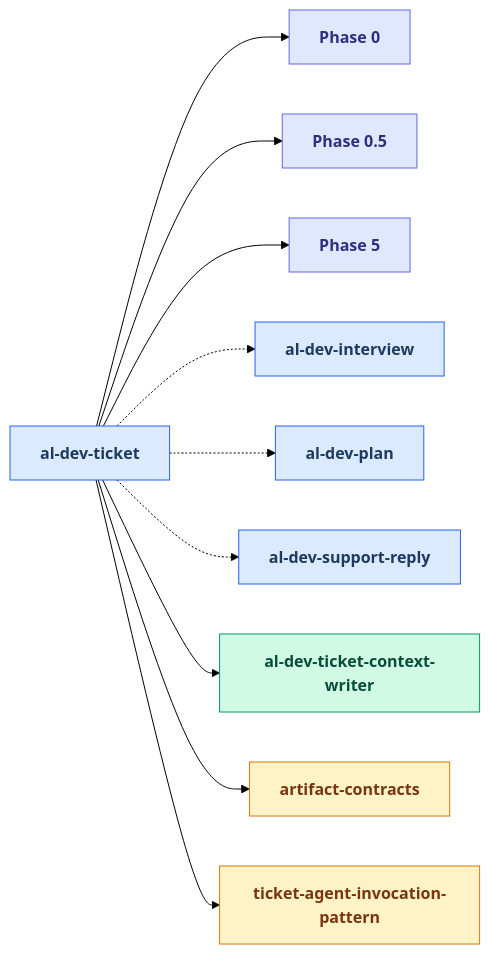
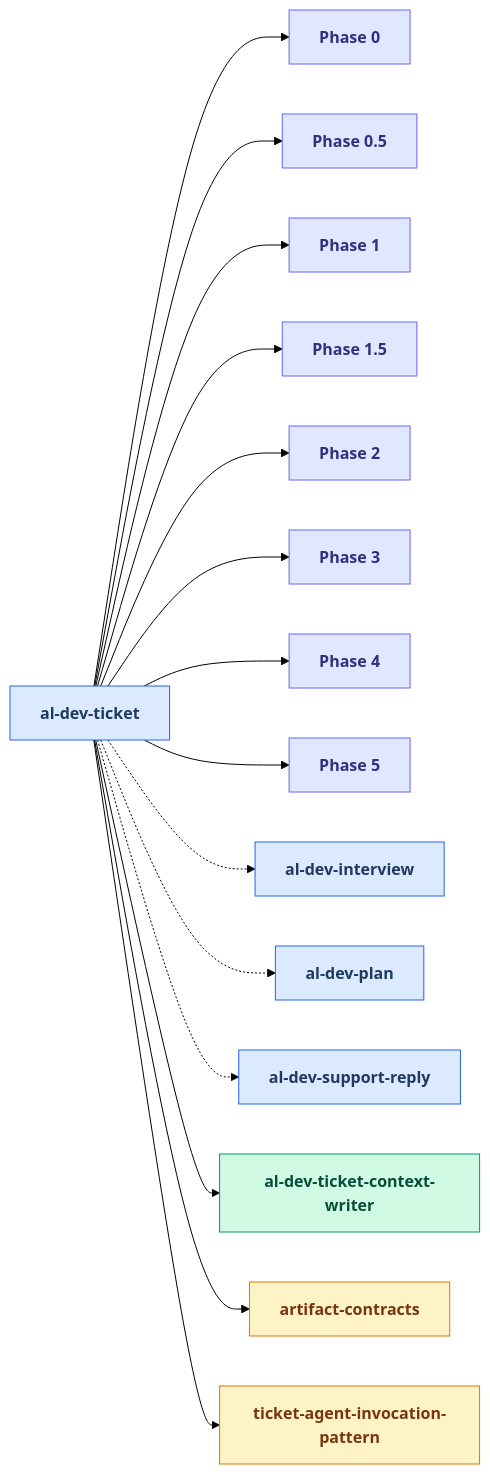
Before and after one commit to russell-laing/al-dev-shared: the second of 25 diagrams in docs/al-dev-skills-map.md, drawn with Mermaid (forest theme). The commit also changed other lines of this file and 4 other files, not shown here.

````diff
--- a/docs/al-dev-skills-map.md
+++ b/docs/al-dev-skills-map.md
@@ -94,40 +94,55 @@
 ```mermaid
 flowchart LR
     classDef skillNode fill:#dbeafe,stroke:#2563eb,color:#1e3a5f,font-weight:bold
     classDef agentNode fill:#d1fae5,stroke:#059669,color:#064e3b,font-weight:bold
     classDef knowledgeNode fill:#fef3c7,stroke:#d97706,color:#78350f,font-weight:bold
     classDef artifactNode fill:#ede9fe,stroke:#7c3aed,color:#4c1d95,font-weight:bold
     classDef phaseNode fill:#e0e7ff,stroke:#6366f1,color:#312e81,font-weight:bold
 
     skill_al_dev_ticket[al-dev-ticket]
     Phase0["Phase 0"]
     Phase0_5["Phase 0.5"]
+    Phase1["Phase 1"]
+    Phase1_5["Phase 1.5"]
+    Phase2["Phase 2"]
+    Phase3["Phase 3"]
+    Phase4["Phase 4"]
     Phase5["Phase 5"]
     skill_al_dev_interview[al-dev-interview]
     skill_al_dev_plan[al-dev-plan]
     skill_al_dev_support_reply[al-dev-support-reply]
     agent_al_dev_ticket_context_writer[al-dev-ticket-context-writer]
     knowledge_artifact_contracts_md[artifact-contracts]
     knowledge_ticket_agent_invocation_pattern_md[ticket-agent-invocation-pattern]
 
     skill_al_dev_ticket --> Phase0
     skill_al_dev_ticket --> Phase0_5
+    skill_al_dev_ticket --> Phase1
+    skill_al_dev_ticket --> Phase1_5
+    skill_al_dev_ticket --> Phase2
+    skill_al_dev_ticket --> Phase3
+    skill_al_dev_ticket --> Phase4
     skill_al_dev_ticket --> Phase5
     skill_al_dev_ticket -.-> skill_al_dev_interview
     skill_al_dev_ticket -.-> skill_al_dev_plan
     skill_al_dev_ticket -.-> skill_al_dev_support_reply
     skill_al_dev_ticket --> agent_al_dev_ticket_context_writer
     skill_al_dev_ticket --> knowledge_artifact_contracts_md
     skill_al_dev_ticket --> knowledge_ticket_agent_invocation_pattern_md
 
     class skill_al_dev_ticket skillNode
     class Phase0 phaseNode
     class Phase0_5 phaseNode
+    class Phase1 phaseNode
+    class Phase1_5 phaseNode
+    class Phase2 phaseNode
+    class Phase3 phaseNode
+    class Phase4 phaseNode
     class Phase5 phaseNode
     class skill_al_dev_interview skillNode
     class skill_al_dev_plan skillNode
     class skill_al_dev_support_reply skillNode
     class agent_al_dev_ticket_context_writer agentNode
     class knowledge_artifact_contracts_md knowledgeNode
     class knowledge_ticket_agent_invocation_pattern_md knowledgeNode
 ```
````
